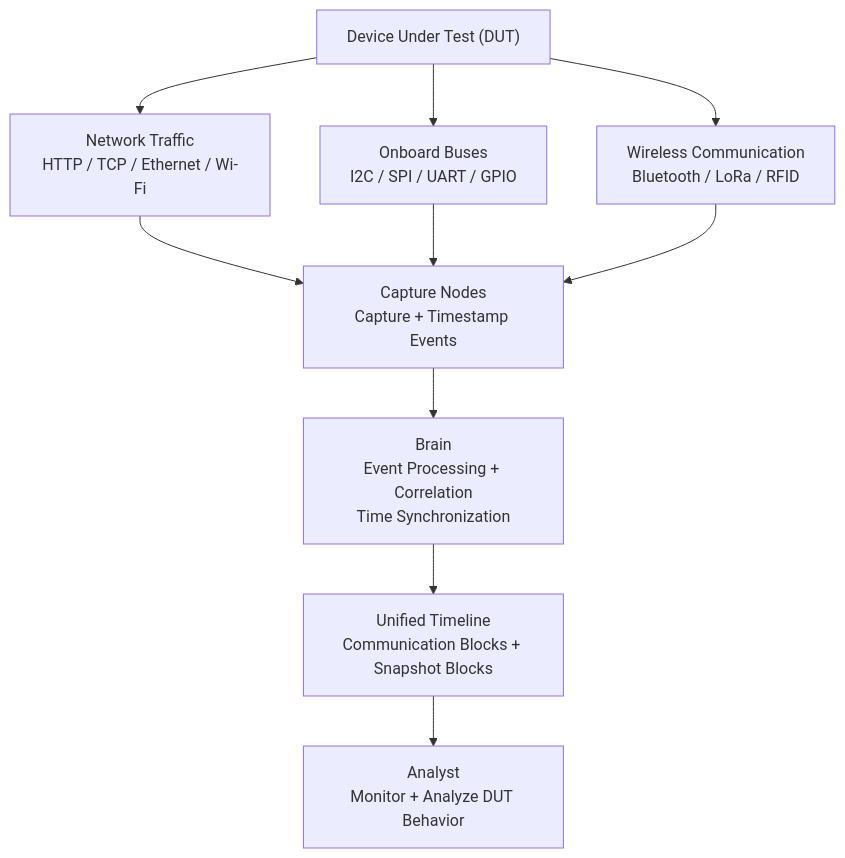
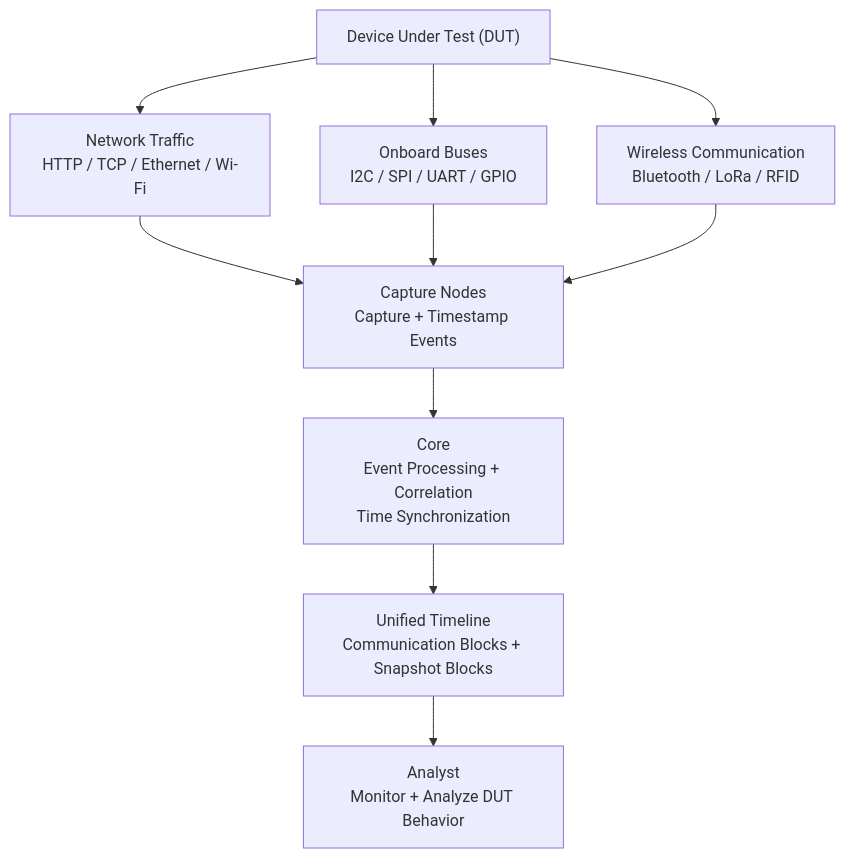
The first of 4 diagrams in docs/01_Requirements/01_SysRS/01_Functional_Requirements.md (EG-ETCS/wiresploit), drawn with Mermaid before and after one commit. The commit also changed other lines of this file and 3 other files, not shown here.

Commit message:
brain -> core remobe FR-ANA-09

````diff
--- a/docs/01_Requirements/01_SysRS/01_Functional_Requirements.md
+++ b/docs/01_Requirements/01_SysRS/01_Functional_Requirements.md
@@ -13,29 +13,29 @@
 ```mermaid
 flowchart TD
 
     DUT["Device Under Test (DUT)"]
 
     NET["Network Traffic<br/>HTTP / TCP / Ethernet / Wi-Fi"]
     BUS["Onboard Buses<br/>I2C / SPI / UART / GPIO"]
     WIRELESS["Wireless Communication<br/>Bluetooth / LoRa / RFID"]
 
     CN["Capture Nodes<br/>Capture + Timestamp Events"]
 
-    BRAIN["Brain<br/>Event Processing + Correlation<br/>Time Synchronization"]
+    CORE["Core<br/>Event Processing + Correlation<br/>Time Synchronization"]
 
     TIMELINE["Unified Timeline<br/>Communication Blocks + Snapshot Blocks"]
 
     ANALYST["Analyst<br/>Monitor + Analyze DUT Behavior"]
 
     DUT --> NET
     DUT --> BUS
     DUT --> WIRELESS
 
     NET --> CN
     BUS --> CN
     WIRELESS --> CN
 
-    CN --> BRAIN
-    BRAIN --> TIMELINE
+    CN --> CORE
+    CORE --> TIMELINE
     TIMELINE --> ANALYST
 ```
````
